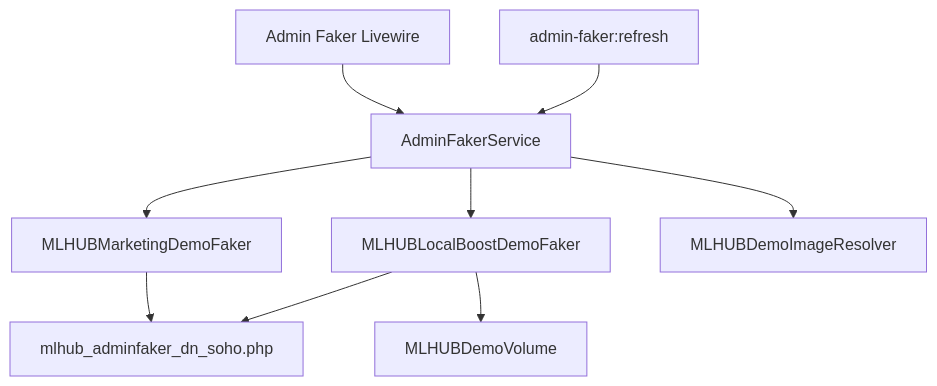
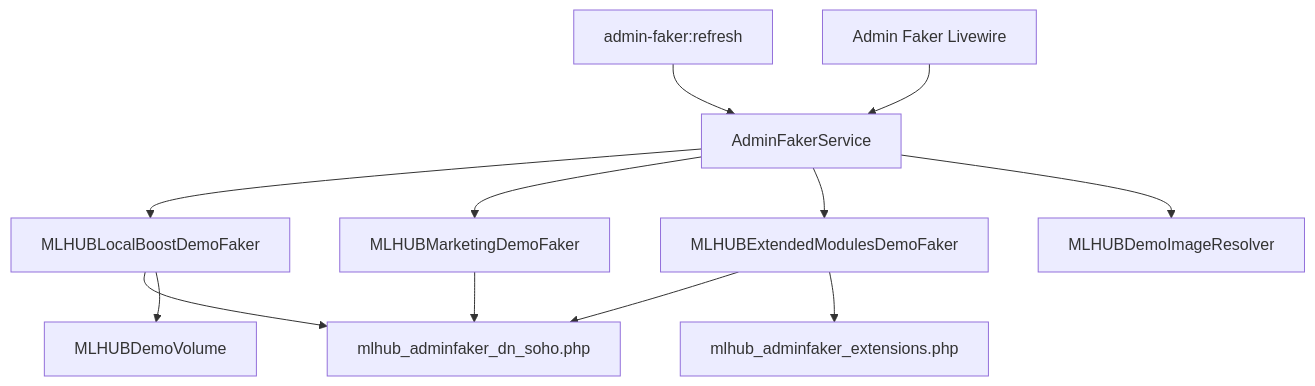
One commit to mlhubvn/marketing-local-hub-22052026 changed the diagram in ARCHITECTURE_ADMINFAKER.md. Above: the diagram before and after it, drawn with Mermaid. The commit also changed other lines of this file and 1378 other files, not shown here.

````diff
--- a/ARCHITECTURE_ADMINFAKER.md
+++ b/ARCHITECTURE_ADMINFAKER.md
@@ -55,20 +55,25 @@
 ```mermaid
 flowchart TB
     CMD[admin-faker:refresh]
     UI[Admin Faker Livewire]
     SVC[AdminFakerService]
     LB[MLHUBLocalBoostDemoFaker]
     MK[MLHUBMarketingDemoFaker]
+    EXT[MLHUBExtendedModulesDemoFaker]
     CFG[mlhub_adminfaker_dn_soho.php]
+    EXTDATA[mlhub_adminfaker_extensions.php]
     VOL[MLHUBDemoVolume]
     IMG[MLHUBDemoImageResolver]
 
     CMD --> SVC
     UI --> SVC
     SVC --> LB
     SVC --> MK
+    SVC --> EXT
     SVC --> IMG
     LB --> CFG
     LB --> VOL
     MK --> CFG
+    EXT --> CFG
+    EXT --> EXTDATA
 ```
````
